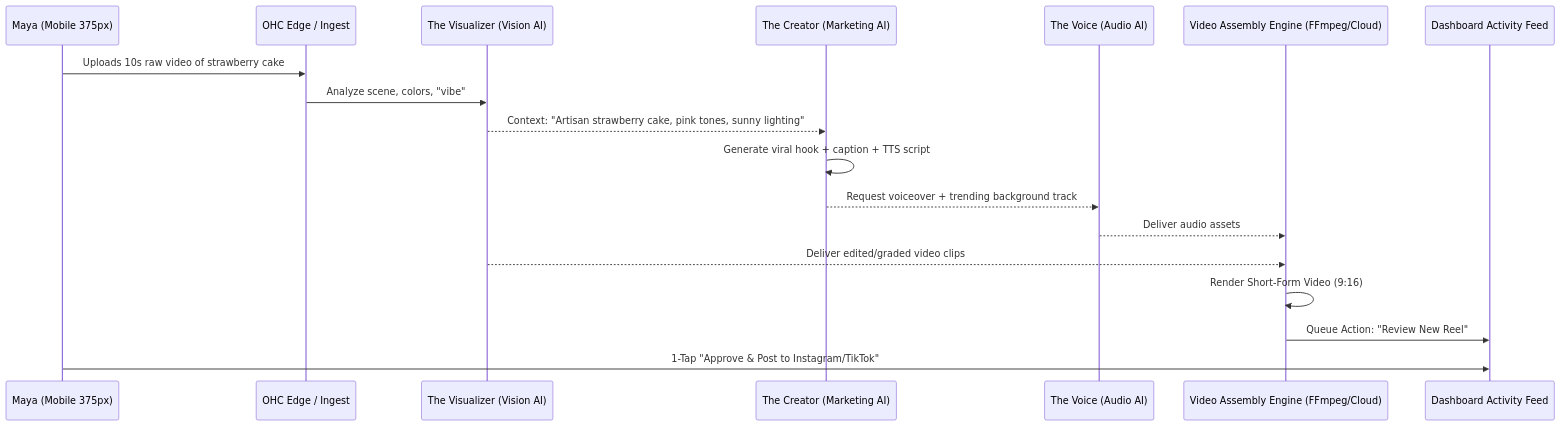
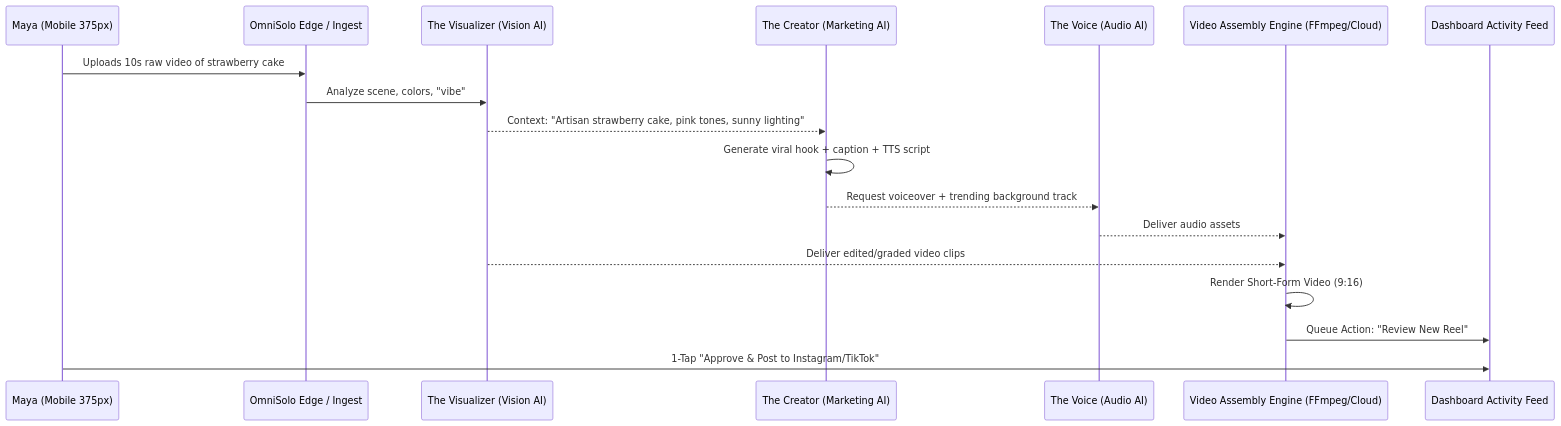
Before and after one commit to omnisolo-llc/onehumancorp: the first of 2 diagrams in docs/research/[Marketing]_Autonomous_AI_Video_Creator.md, drawn with Mermaid. The commit also changed other lines of this file and 2191 other files, not shown here.

Commit message:
feat: complete OmniSolo rename and browser audit

````diff
--- a/docs/research/[Marketing]_Autonomous_AI_Video_Creator.md
+++ b/docs/research/[Marketing]_Autonomous_AI_Video_Creator.md
@@ -26,21 +26,21 @@
 ```mermaid
 sequenceDiagram
     participant Owner as Maya (Mobile 375px)
-    participant Edge as OHC Edge / Ingest
+    participant Edge as OmniSolo Edge / Ingest
     participant VisionAgent as The Visualizer (Vision AI)
     participant ScriptAgent as The Creator (Marketing AI)
     participant AudioAgent as The Voice (Audio AI)
     participant Assembly as Video Assembly Engine (FFmpeg/Cloud)
     participant Feed as Dashboard Activity Feed
 
     Owner->>Edge: Uploads 10s raw video of strawberry cake
     Edge->>VisionAgent: Analyze scene, colors, "vibe"
     VisionAgent-->>ScriptAgent: Context: "Artisan strawberry cake, pink tones, sunny lighting"
     ScriptAgent->>ScriptAgent: Generate viral hook + caption + TTS script
     ScriptAgent-->>AudioAgent: Request voiceover + trending background track
     AudioAgent-->>Assembly: Deliver audio assets
     VisionAgent-->>Assembly: Deliver edited/graded video clips
     Assembly->>Assembly: Render Short-Form Video (9:16)
     Assembly->>Feed: Queue Action: "Review New Reel"
     Owner->>Feed: 1-Tap "Approve & Post to Instagram/TikTok"
 ```
````
